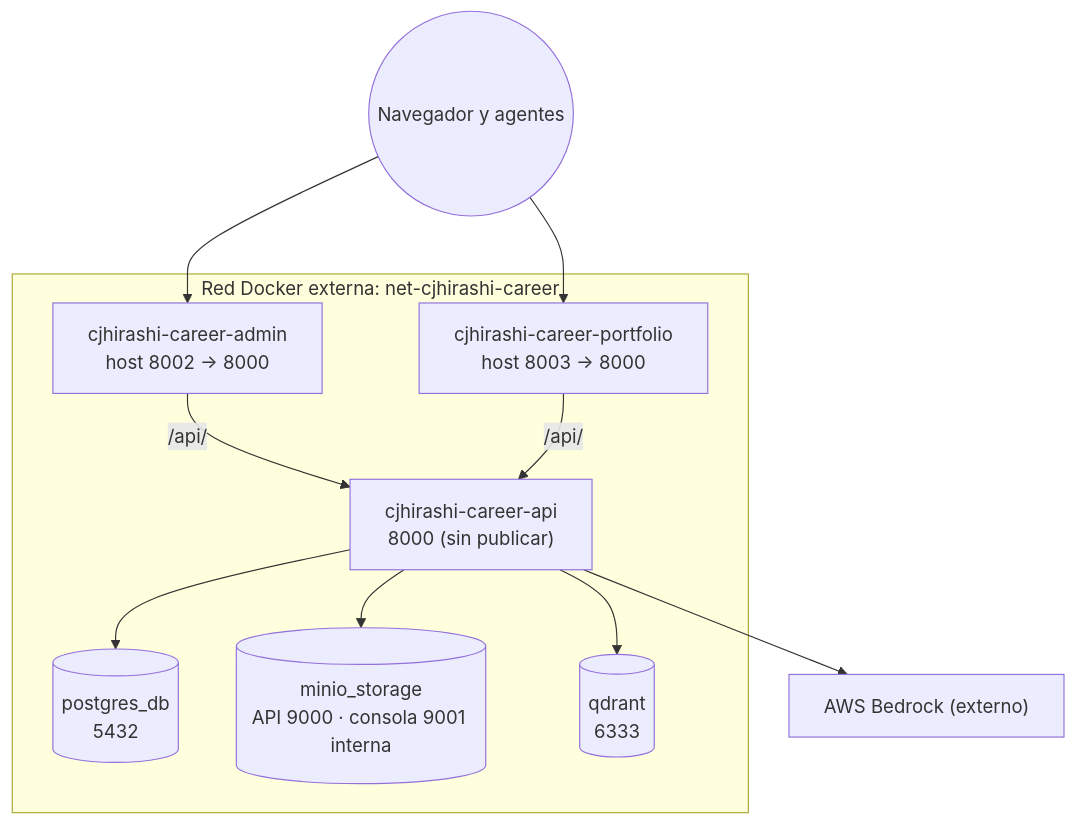
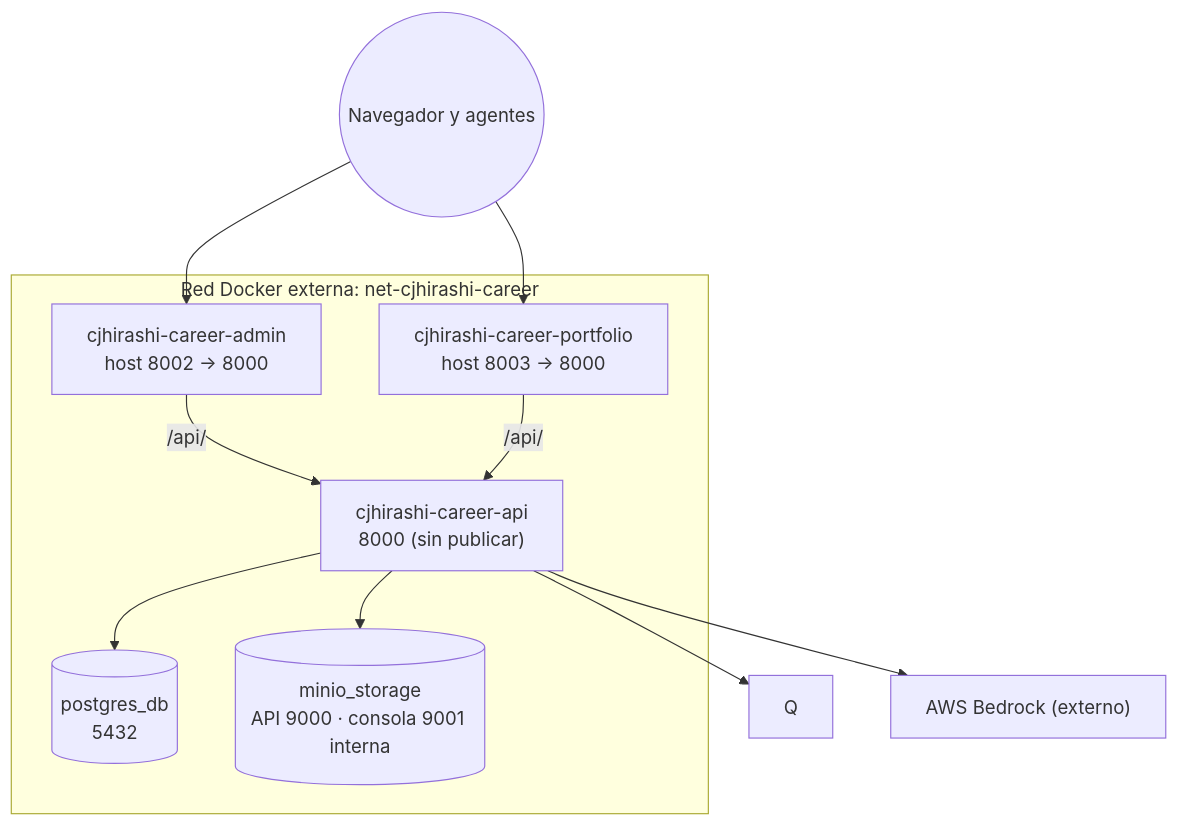
The diagram in docs/07-DEPLOYMENT-VIEW.md (cjhirashi/cjhirashi-career), drawn with Mermaid before and after one commit. The commit also changed other lines of this file and 81 other files, not shown here.

````diff
--- a/docs/07-DEPLOYMENT-VIEW.md
+++ b/docs/07-DEPLOYMENT-VIEW.md
@@ -12,22 +12,21 @@
 ```mermaid
 graph TB
     Cliente((Navegador y agentes))
 
     subgraph Net["Red Docker externa: net-cjhirashi-career"]
         Admin["cjhirashi-career-admin<br/>host 8002 → 8000"]
         Portal["cjhirashi-career-portfolio<br/>host 8003 → 8000"]
         API["cjhirashi-career-api<br/>8000 (sin publicar)"]
         PG[("postgres_db<br/>5432")]
         S3[("minio_storage<br/>API 9000 · consola 9001 interna")]
-        Q[("qdrant<br/>6333")]
     end
 
     Cliente --> Admin
     Cliente --> Portal
     Admin -->|/api/| API
     Portal -->|/api/| API
     API --> PG
     API --> S3
     API --> Q
     API --> AWS["AWS Bedrock (externo)"]
 ```
````
